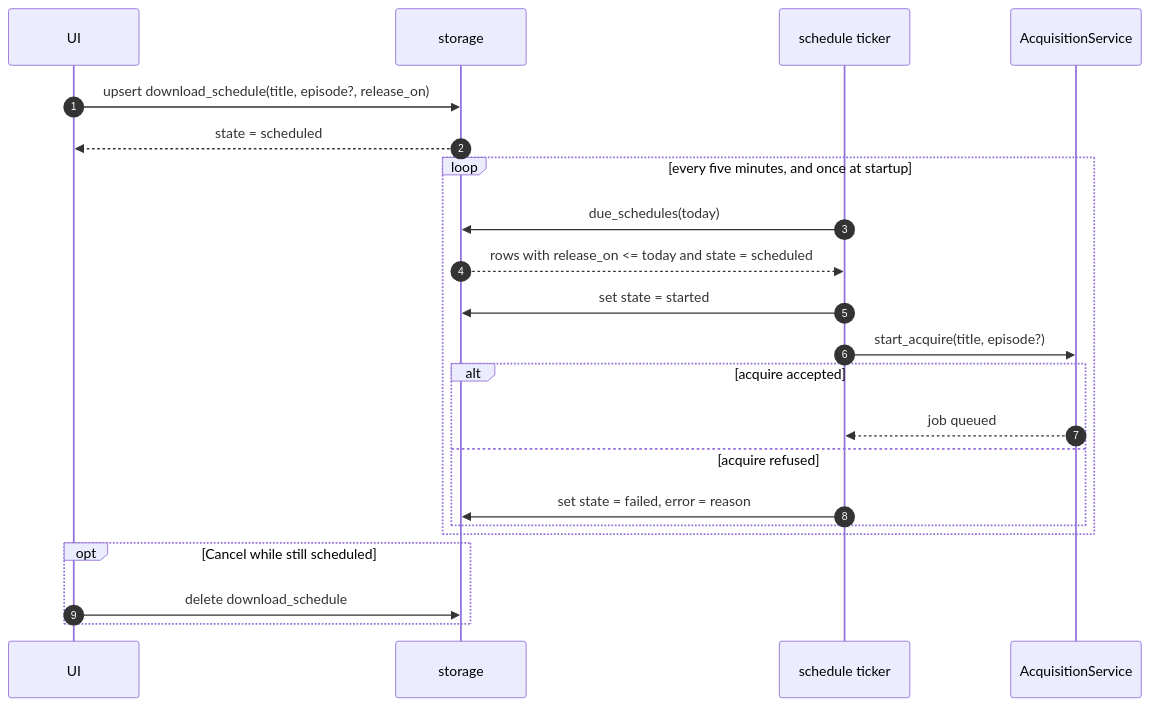
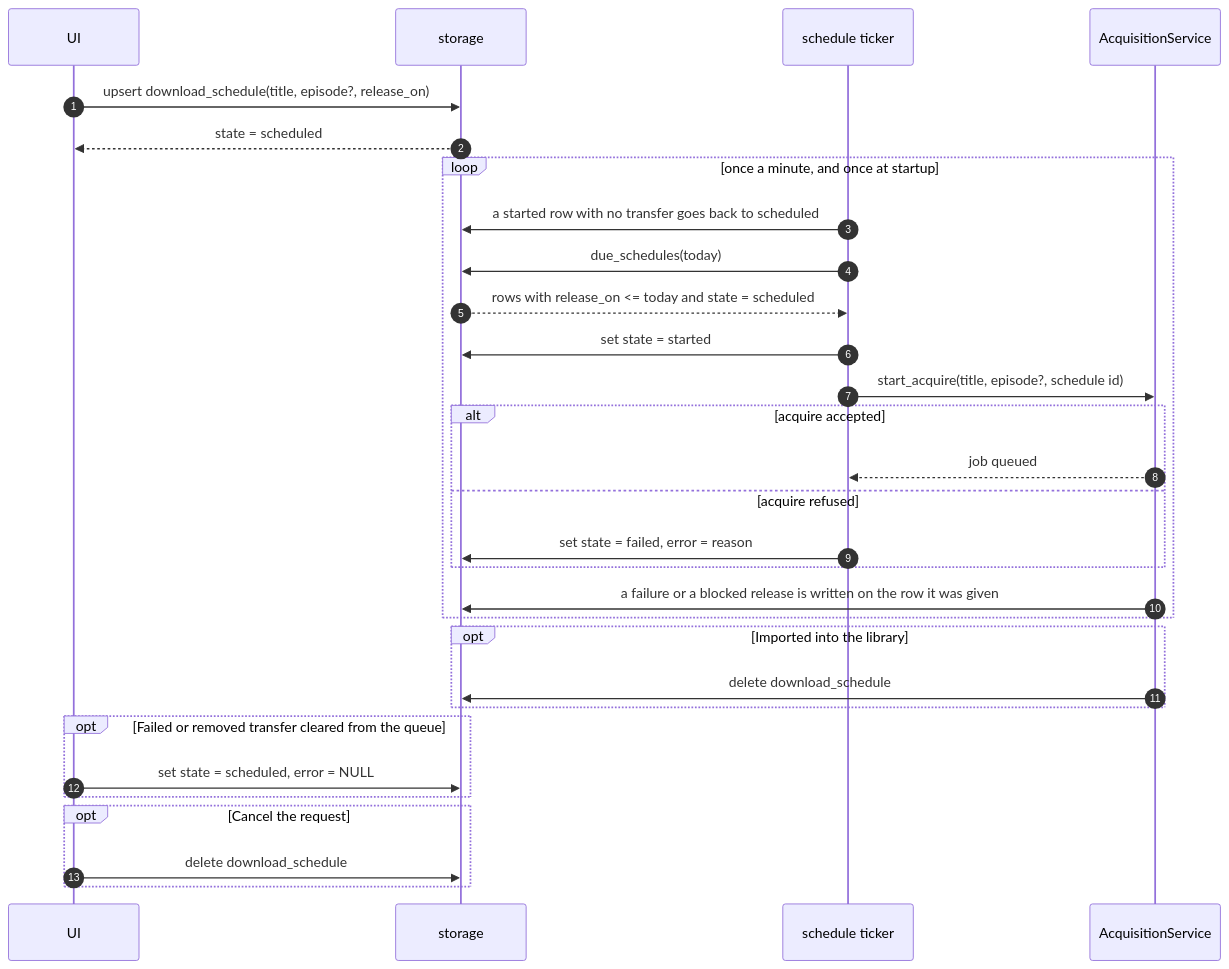
One commit to DavidNgugi/peregrine changed the seventh of 23 diagrams in docs/FLOWS.md. Above: the diagram before and after it, drawn with Mermaid. The commit also changed other lines of this file and 8 other files, not shown here.

First line of the commit message:
fix(downloads): keep a schedule until its download lands

````diff
--- a/docs/FLOWS.md
+++ b/docs/FLOWS.md
@@ -317,27 +317,37 @@
 ```mermaid
 sequenceDiagram
     autonumber
     participant UI
     participant DB as storage
     participant Tick as schedule ticker
     participant Acq as AcquisitionService
 
     UI->>DB: upsert download_schedule(title, episode?, release_on)
     DB-->>UI: state = scheduled
 
-    loop every five minutes, and once at startup
+    loop once a minute, and once at startup
+        Tick->>DB: a started row with no transfer goes back to scheduled
         Tick->>DB: due_schedules(today)
         DB-->>Tick: rows with release_on <= today and state = scheduled
         Tick->>DB: set state = started
-        Tick->>Acq: start_acquire(title, episode?)
+        Tick->>Acq: start_acquire(title, episode?, schedule id)
         alt acquire accepted
             Acq-->>Tick: job queued
         else acquire refused
             Tick->>DB: set state = failed, error = reason
         end
+        Acq->>DB: a failure or a blocked release is written on the row it was given
     end
 
-    opt Cancel while still scheduled
+    opt Imported into the library
+        Acq->>DB: delete download_schedule
+    end
+
+    opt Failed or removed transfer cleared from the queue
+        UI->>DB: set state = scheduled, error = NULL
+    end
+
+    opt Cancel the request
         UI->>DB: delete download_schedule
     end
 ```
````
